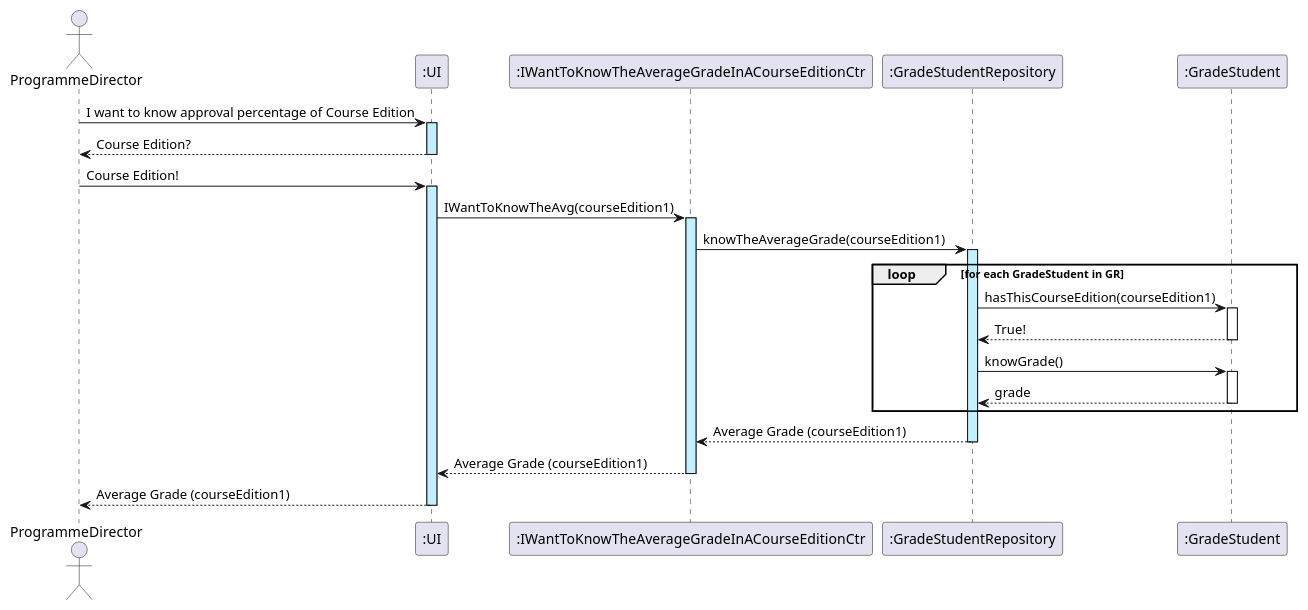
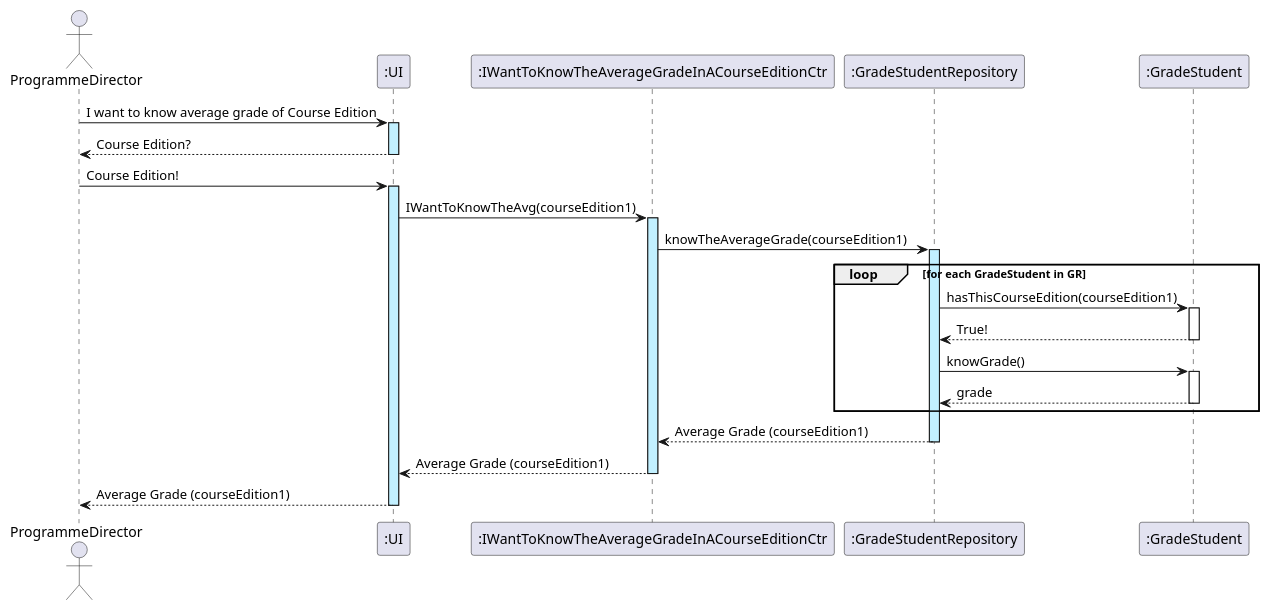
One commit to GasparISEP/DevOps-PAI changed the diagram in docs/sequenceDiagrams/US25/US25_knowTheAverageGradeInACourseEdition.puml. Above: the diagram before and after it, drawn with PlantUML.

Commit message:
Changed US25 SD

```diff
--- a/docs/sequenceDiagrams/US25/US25_knowTheAverageGradeInACourseEdition.puml
+++ b/docs/sequenceDiagrams/US25/US25_knowTheAverageGradeInACourseEdition.puml
@@ -1,34 +1,34 @@
 @startuml
 actor ProgrammeDirector
 participant ":UI" as UI
 participant ":IWantToKnowTheAverageGradeInACourseEditionCtr" as KA
 participant ":GradeStudentRepository" as GR
 participant ":GradeStudent" as GradeStudent
 
 
-ProgrammeDirector -> UI ++ #application: I want to know approval percentage of Course Edition
+ProgrammeDirector -> UI ++ #application: I want to know average grade of Course Edition
 UI --> ProgrammeDirector -- : Course Edition?
 ProgrammeDirector -> UI ++ #application: Course Edition!
 UI -> KA ++ #application : IWantToKnowTheAvg(courseEdition1)
 KA -> GR ++ #application : knowTheAverageGrade(courseEdition1)
 
 
 
 loop for each GradeStudent in GR
     GR -> GradeStudent : hasThisCourseEdition(courseEdition1)
     activate GradeStudent
     GradeStudent --> GR : True!
     deactivate GradeStudent
 
     GR -> GradeStudent : knowGrade()
     activate GradeStudent
     GradeStudent --> GR : grade
     deactivate GradeStudent
 end
 
 
 GR --> KA --: Average Grade (courseEdition1)
 KA --> UI --: Average Grade (courseEdition1)
 UI --> ProgrammeDirector --: Average Grade (courseEdition1)
 
 @enduml
```
